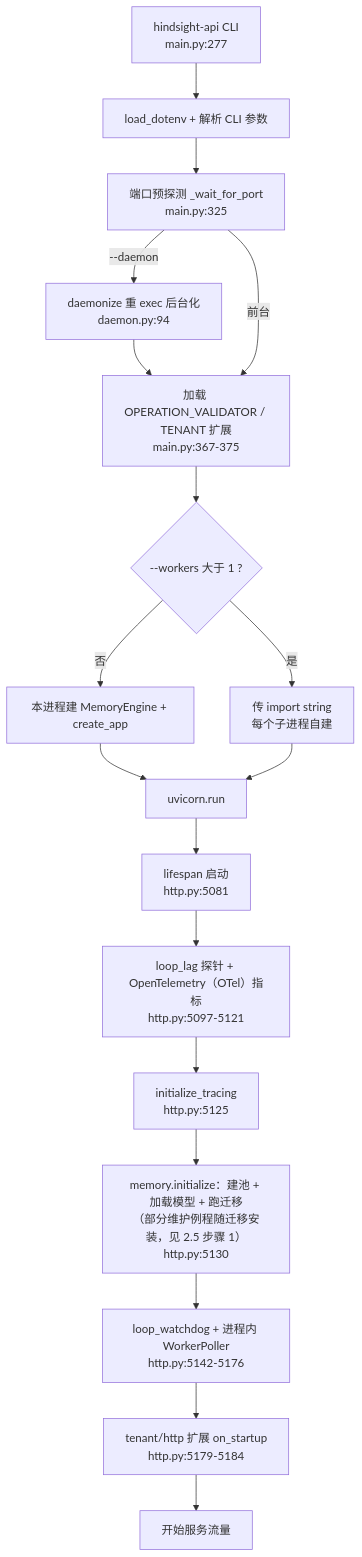
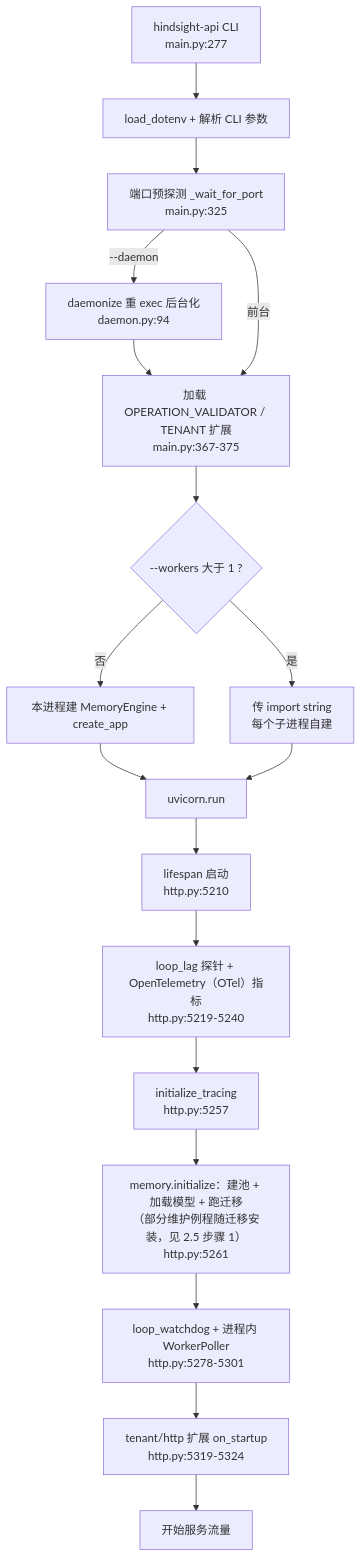
One commit to stefanv5/memory-platform-architecture changed the second of 7 diagrams in docs/hindsight/source-study/06-api-层与服务形态.md. Above: the diagram before and after it, drawn with Mermaid. The commit also changed other lines of this file and 9 other files, not shown here.

````diff
--- a/docs/hindsight/source-study/06-api-层与服务形态.md
+++ b/docs/hindsight/source-study/06-api-层与服务形态.md
@@ -165,20 +167,20 @@
 ```mermaid
 flowchart TD
     A["hindsight-api CLI<br/>main.py:277"] --> B["load_dotenv + 解析 CLI 参数"]
     B --> C["端口预探测 _wait_for_port<br/>main.py:325"]
     C -->|"--daemon"| D["daemonize 重 exec 后台化<br/>daemon.py:94"]
     D --> E
     C -->|"前台"| E["加载 OPERATION_VALIDATOR / TENANT 扩展<br/>main.py:367-375"]
     E --> F{"--workers 大于 1 ?"}
     F -->|"否"| G["本进程建 MemoryEngine + create_app"]
     F -->|"是"| H["传 import string<br/>每个子进程自建"]
     G --> I["uvicorn.run"]
     H --> I
-    I --> J["lifespan 启动<br/>http.py:5081"]
-    J --> K["loop_lag 探针 + OpenTelemetry（OTel）指标<br/>http.py:5097-5121"]
-    K --> L["initialize_tracing<br/>http.py:5125"]
-    L --> M["memory.initialize：建池 + 加载模型 + 跑迁移<br/>（部分维护例程随迁移安装，见 2.5 步骤 1）<br/>http.py:5130"]
-    M --> N["loop_watchdog + 进程内 WorkerPoller<br/>http.py:5142-5176"]
-    N --> O["tenant/http 扩展 on_startup<br/>http.py:5179-5184"]
+    I --> J["lifespan 启动<br/>http.py:5210"]
+    J --> K["loop_lag 探针 + OpenTelemetry（OTel）指标<br/>http.py:5219-5240"]
+    K --> L["initialize_tracing<br/>http.py:5257"]
+    L --> M["memory.initialize：建池 + 加载模型 + 跑迁移<br/>（部分维护例程随迁移安装，见 2.5 步骤 1）<br/>http.py:5261"]
+    M --> N["loop_watchdog + 进程内 WorkerPoller<br/>http.py:5278-5301"]
+    N --> O["tenant/http 扩展 on_startup<br/>http.py:5319-5324"]
     O --> P["开始服务流量"]
 ```
````
